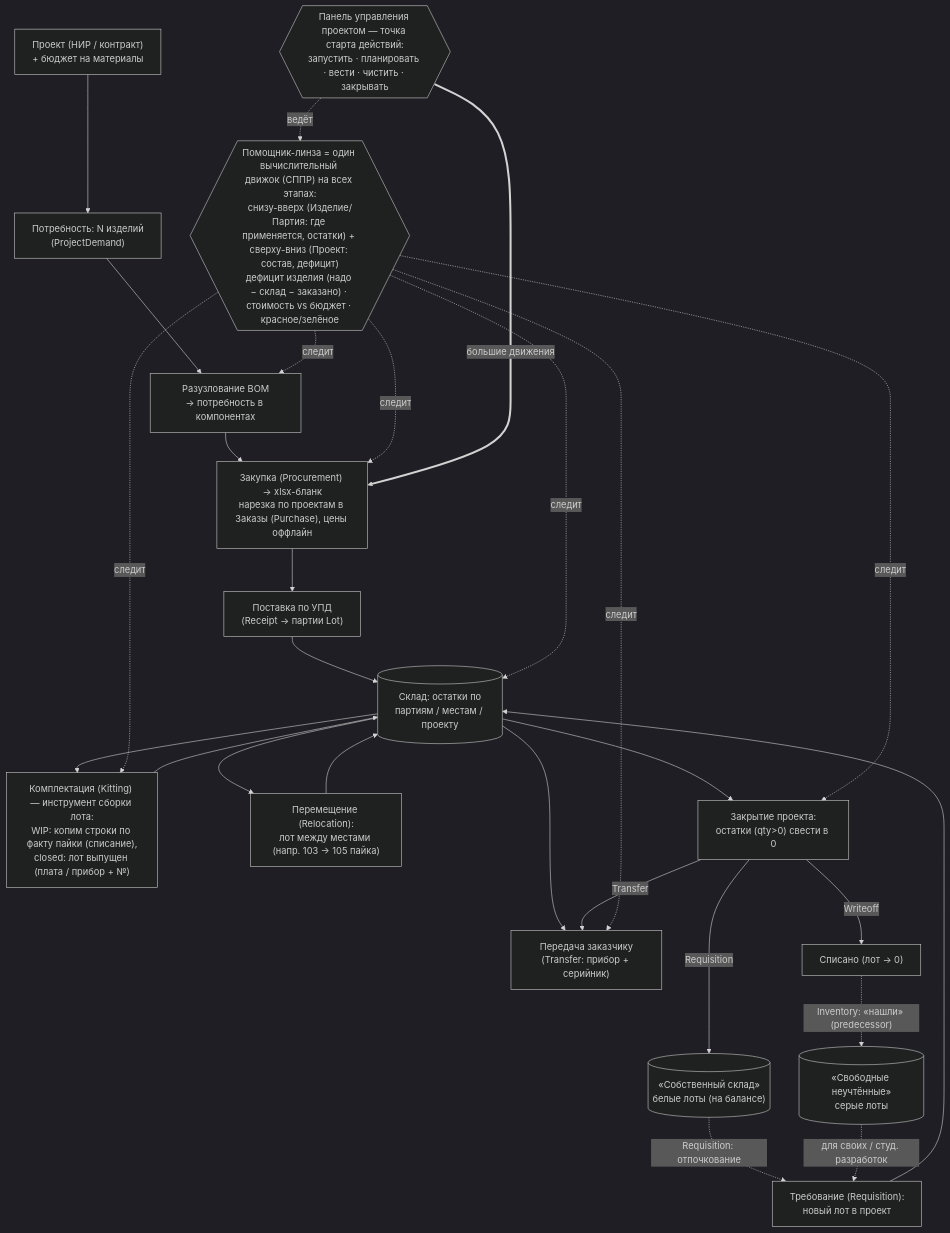
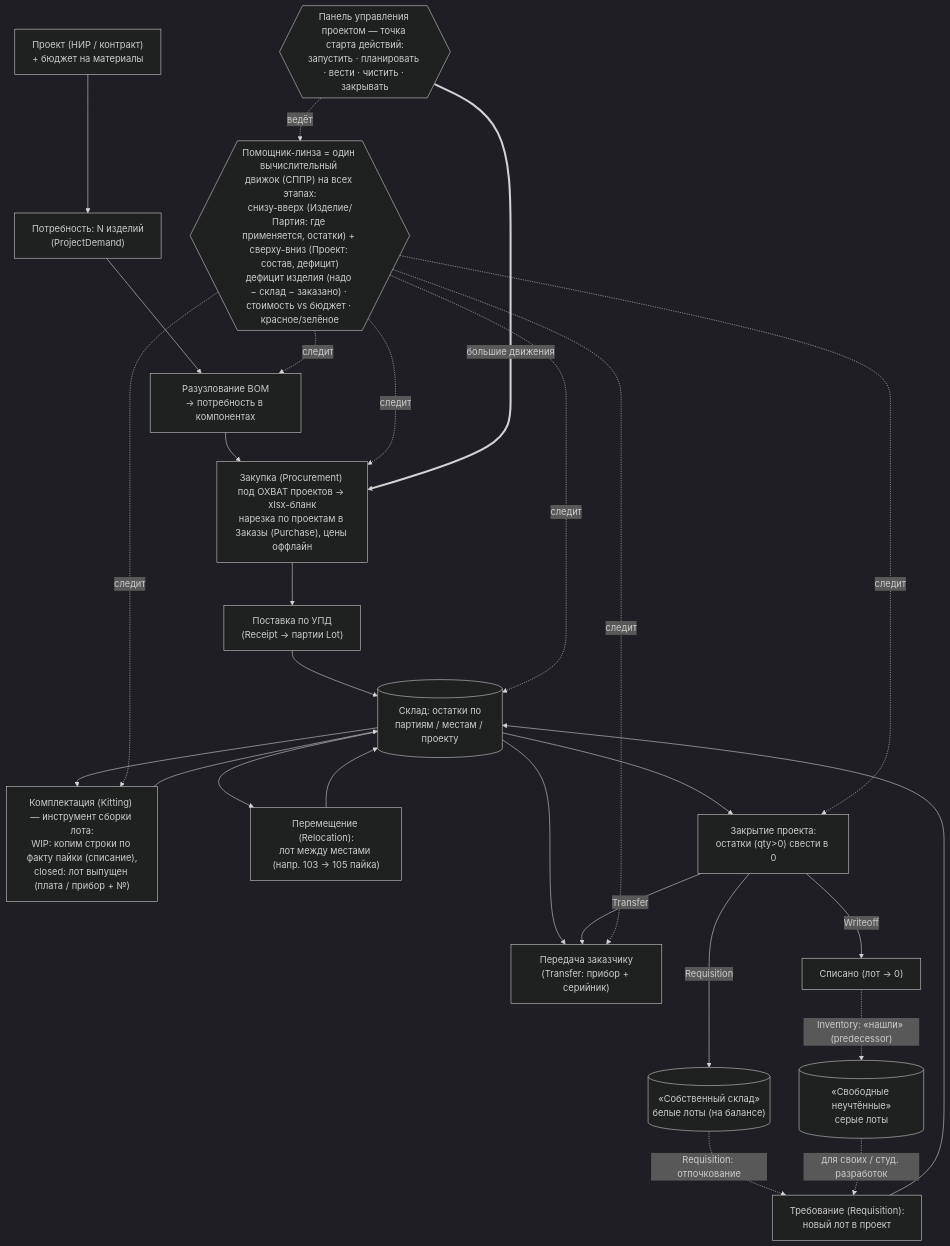
Before and after one commit to ivanpotylitcyn/plume: the first of 2 diagrams in README.md, drawn with Mermaid (dark theme). The commit also changed other lines of this file and 17 other files, not shown here.

````diff
--- a/README.md
+++ b/README.md
@@ -102,36 +103,36 @@
 ```mermaid
 flowchart TD
   P["Проект (НИР / контракт)<br/>+ бюджет на материалы"] --> D["Потребность: N изделий<br/>(ProjectDemand)"]
   D --> B["Разузлование BOM<br/>→ потребность в компонентах"]
-  B --> ORD["Закупка (Procurement) → xlsx-бланк<br/>нарезка по проектам в Заказы (Purchase), цены оффлайн"]
+  B --> ORD["Закупка (Procurement) под ОХВАТ проектов → xlsx-бланк<br/>нарезка по проектам в Заказы (Purchase), цены оффлайн"]
   ORD --> UPD["Поставка по УПД<br/>(Receipt → партии Lot)"]
   UPD --> W
 
   W[("Склад: остатки по<br/>партиям / местам / проекту")]
   W --> KIT["Комплектация (Kitting) — инструмент сборки лота:<br/>WIP: копим строки по факту пайки (списание),<br/>closed: лот выпущен (плата / прибор + №)"]
   KIT --> W
   W --> REL["Перемещение (Relocation):<br/>лот между местами (напр. 103 → 105 пайка)"]
   REL --> W
   W --> T["Передача заказчику<br/>(Transfer: прибор + серийник)"]
 
   W --> CLOSE["Закрытие проекта:<br/>остатки (qty>0) свести в 0"]
   CLOSE -->|Transfer| T
   CLOSE -->|Writeoff| WOFF["Списано (лот → 0)"]
   CLOSE -->|Requisition| WHITE[("«Собственный склад»<br/>белые лоты (на балансе)")]
   WOFF -.->|"Inventory: «нашли» (predecessor)"| GRAY[("«Свободные неучтённые»<br/>серые лоты")]
 
   WHITE -.->|"Requisition: отпочкование"| REQ["Требование (Requisition):<br/>новый лот в проект"]
   GRAY -.->|"для своих / студ. разработок"| REQ
   REQ --> W
 
   LENS{{"Помощник-линза = один вычислительный движок (СППР) на всех этапах:<br/>снизу-вверх (Изделие/Партия: где применяется, остатки) + сверху-вниз (Проект: состав, дефицит)<br/>дефицит изделия (надо − склад − заказано) · стоимость vs бюджет · красное/зелёное"}}
   DASH{{"Панель управления проектом — точка старта действий:<br/>запустить · планировать · вести · чистить · закрывать"}}
   LENS -. следит .-> B
   LENS -. следит .-> ORD
   LENS -. следит .-> W
   LENS -. следит .-> KIT
   LENS -. следит .-> T
   LENS -. следит .-> CLOSE
   DASH -. ведёт .-> LENS
   DASH ==>|"большие движения"| ORD
 ```
````
